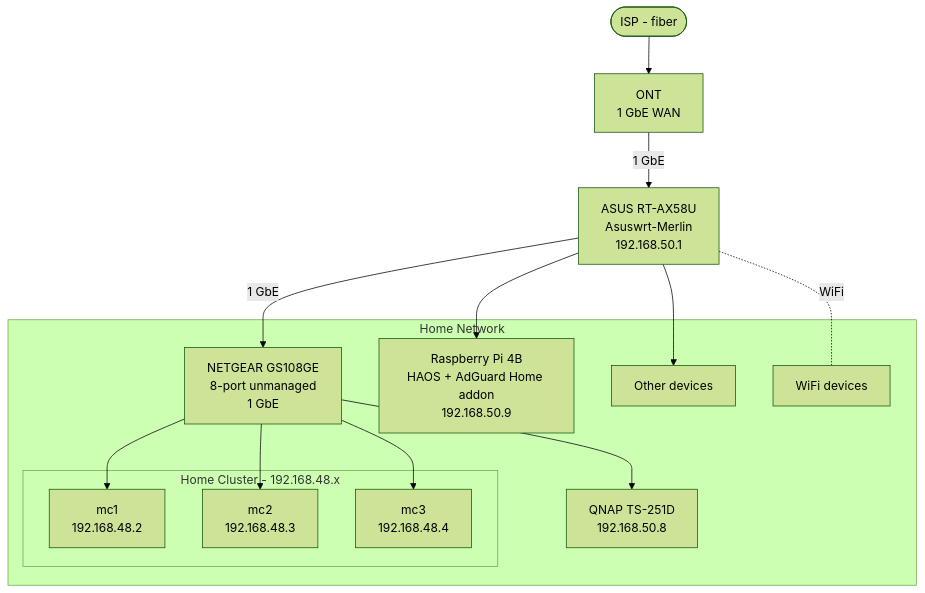
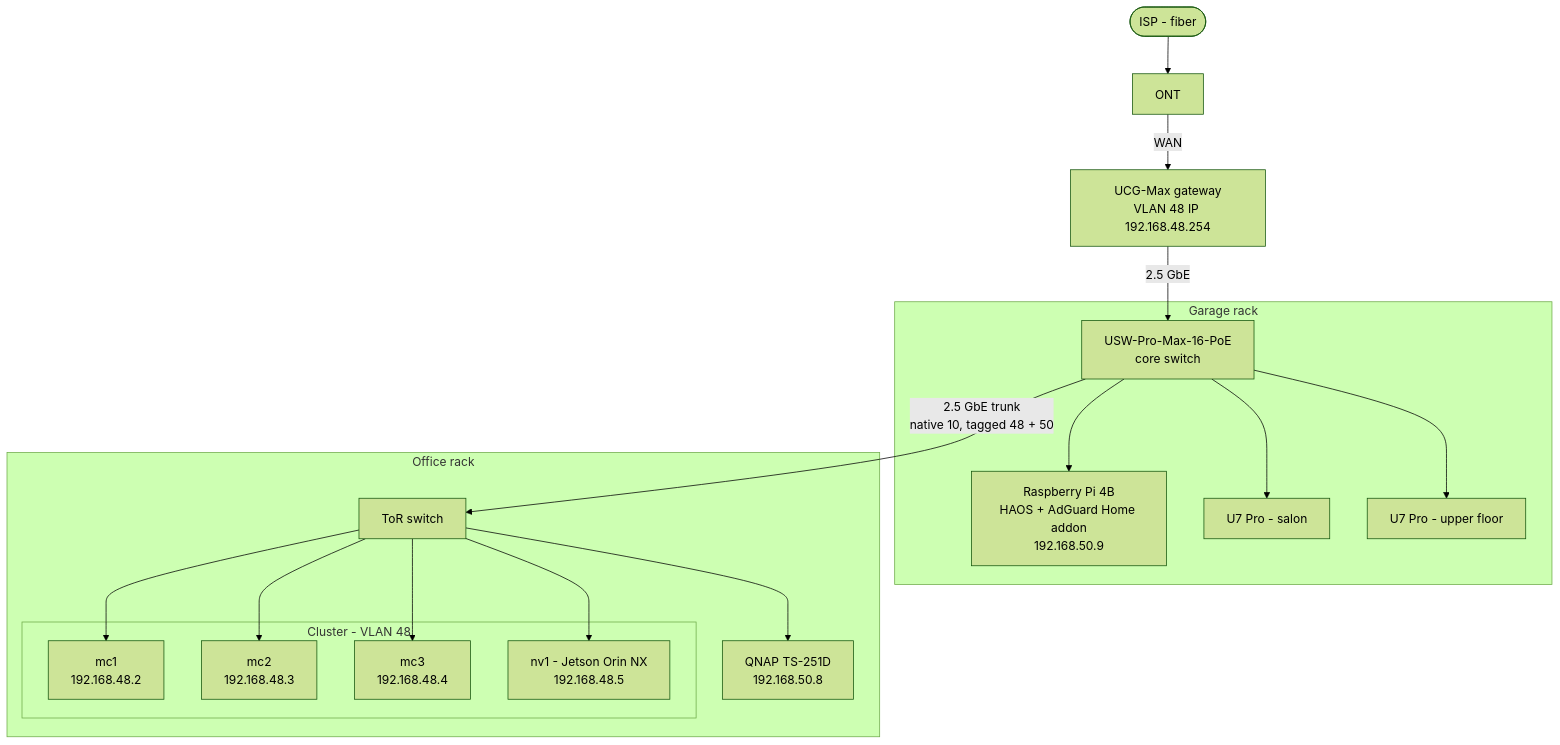
Before and after one commit to mmalyska/home-ops: the diagram in docs/src/general/network.md, drawn with Mermaid (forest theme). The commit also changed other lines of this file and 8 other files, not shown here.

First line of the commit message:
fix(talos): repoint nodes at VLAN 48 gateway after network migration

````diff
--- a/docs/src/general/network.md
+++ b/docs/src/general/network.md
@@ -7,31 +10,38 @@
 ```mermaid
 flowchart TB
     ISP([ISP - fiber])
-    ONT[ONT\n1 GbE WAN]
-    Router[ASUS RT-AX58U\nAsuswrt-Merlin\n192.168.50.1]
+    ONT[ONT]
+    UCG[UCG-Max gateway\nVLAN 48 IP 192.168.48.254]
 
-    subgraph LAN[Home Network]
-        Switch[NETGEAR GS108GE\n8-port unmanaged\n1 GbE]
+    subgraph GAR[Garage rack]
+        SW[USW-Pro-Max-16-PoE\ncore switch]
+        RPi[Raspberry Pi 4B\nHAOS + AdGuard Home addon\n192.168.50.9]
+        AP1[U7 Pro - salon]
+        AP2[U7 Pro - upper floor]
+    end
+
+    subgraph OFF[Office rack]
+        ToR[ToR switch]
         QNAP[QNAP TS-251D\n192.168.50.8]
-        RPi[Raspberry Pi 4B\nHAOS + AdGuard Home addon\n192.168.50.9]
-        Other[Other devices]
-        WiFi[WiFi devices]
 
-        subgraph K8S[Home Cluster - 192.168.48.x]
+        subgraph K8S[Cluster - VLAN 48]
             mc1[mc1\n192.168.48.2]
             mc2[mc2\n192.168.48.3]
             mc3[mc3\n192.168.48.4]
+            nv1[nv1 - Jetson Orin NX\n192.168.48.5]
         end
     end
 
     ISP --> ONT
-    ONT -->|1 GbE| Router
-    Router -->|1 GbE| Switch
-    Router --> RPi
-    Router --> Other
-    Router -. WiFi .- WiFi
-    Switch --> mc1
-    Switch --> mc2
-    Switch --> mc3
-    Switch --> QNAP
+    ONT -->|WAN| UCG
+    UCG -->|2.5 GbE| SW
+    SW --> RPi
+    SW --> AP1
+    SW --> AP2
+    SW -->|2.5 GbE trunk\nnative 10, tagged 48 + 50| ToR
+    ToR --> mc1
+    ToR --> mc2
+    ToR --> mc3
+    ToR --> nv1
+    ToR --> QNAP
 ```
````
